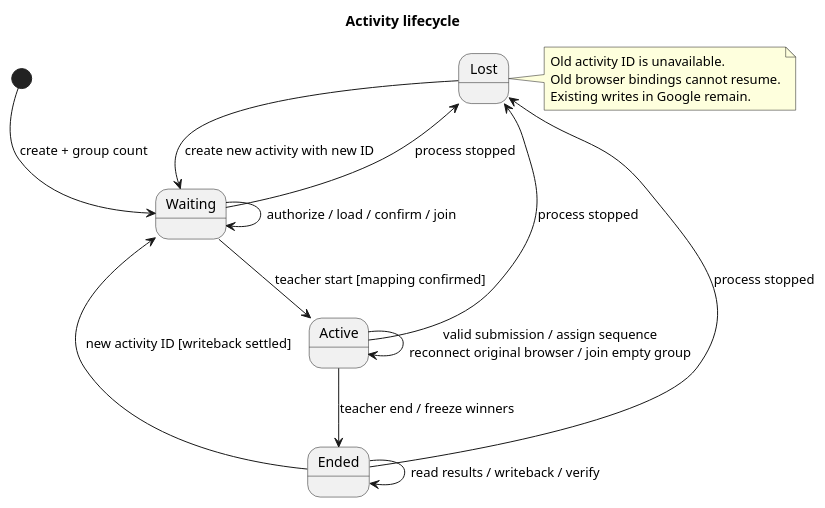
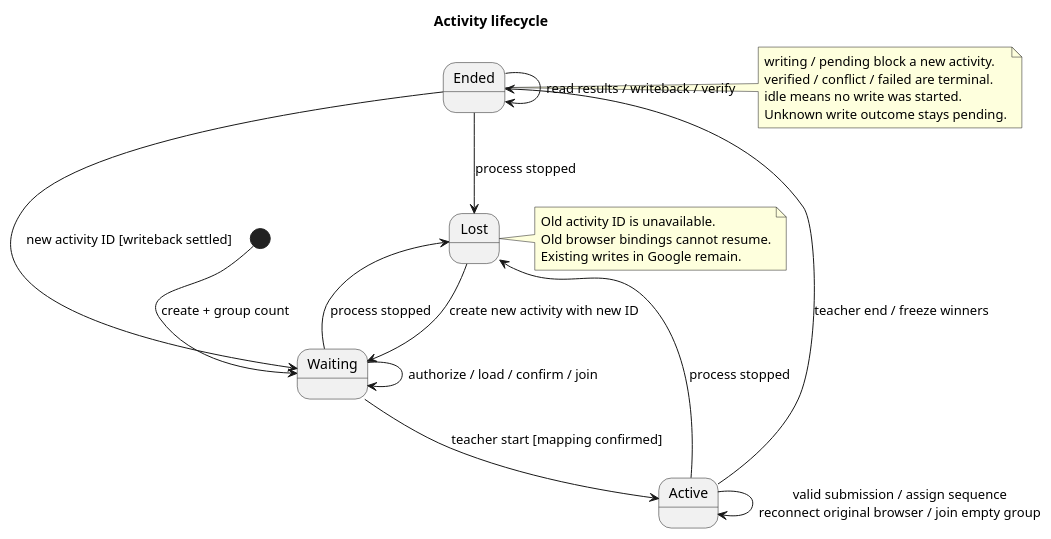
Before and after one commit to TsengYuFei/SW_SpecKit: the diagram in specs/001-classroom-sheets-buzzer/diagrams/lifecycle.puml, drawn with PlantUML. The commit also changed 8 other files, not shown here.

```diff
--- a/specs/001-classroom-sheets-buzzer/diagrams/lifecycle.puml
+++ b/specs/001-classroom-sheets-buzzer/diagrams/lifecycle.puml
@@ -1,19 +1,25 @@
 @startuml
 title Activity lifecycle
 [*] --> Waiting : create + group count
 Waiting --> Waiting : authorize / load / confirm / join
 Waiting --> Active : teacher start [mapping confirmed]
 Active --> Active : valid submission / assign sequence\nreconnect original browser / join empty group
 Active --> Ended : teacher end / freeze winners
 Ended --> Ended : read results / writeback / verify
 Ended --> Waiting : new activity ID [writeback settled]
+note right of Ended
+writing / pending block a new activity.
+verified / conflict / failed are terminal.
+idle means no write was started.
+Unknown write outcome stays pending.
+end note
 Waiting --> Lost : process stopped
 Active --> Lost : process stopped
 Ended --> Lost : process stopped
 Lost --> Waiting : create new activity with new ID
 note right of Lost
 Old activity ID is unavailable.
 Old browser bindings cannot resume.
 Existing writes in Google remain.
 end note
 @enduml
```
